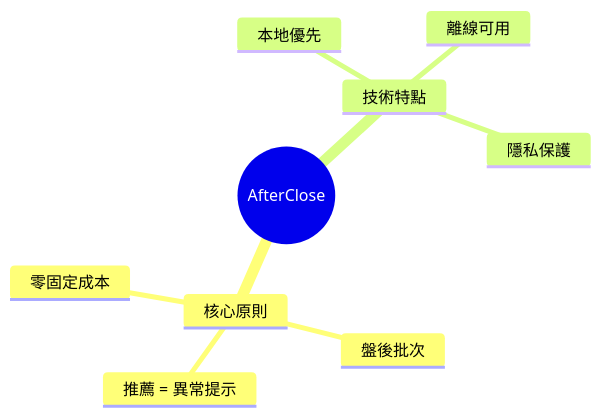
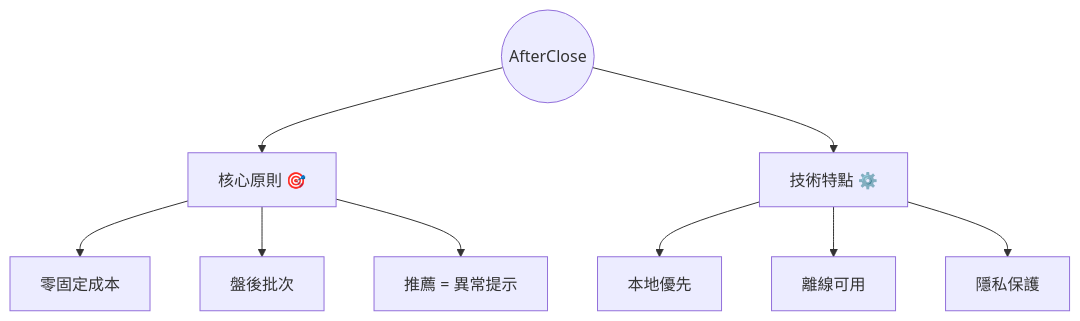
The first of 6 diagrams in CLAUDE.md (Neal75418/afterclose), drawn with Mermaid before and after one commit. The commit also changed 1 other file, not shown here.

Commit message:
docs(README/CLAUDE): 更新 Mermaid 圖表為 Flowchart 模式
- 調整 README.md 與 CLAUDE.md 中的思維導圖至 Flowchart 格式
- 新增圖標改善核心原則與技術特點的可視化效果
- 提升圖表對結構邏輯與重點訊息的表達清晰度

此更新優化專案文檔的可讀性，確保與視覺設計的一致性。

````diff
--- a/CLAUDE.md
+++ b/CLAUDE.md
@@ -11,12 +11,15 @@
 ```mermaid
-mindmap
-  root((AfterClose))
-    核心原則
-      零固定成本
-      盤後批次
-      推薦 = 異常提示
-    技術特點
-      本地優先
-      離線可用
-      隱私保護
+flowchart TB
+    AC((AfterClose))
+
+    AC --> HX["核心原則 🎯"]
+    AC --> JS["技術特點 ⚙️"]
+
+    HX --> HX1[零固定成本]
+    HX --> HX2[盤後批次]
+    HX --> HX3[推薦 = 異常提示]
+
+    JS --> JS1[本地優先]
+    JS --> JS2[離線可用]
+    JS --> JS3[隱私保護]
 ```
````
